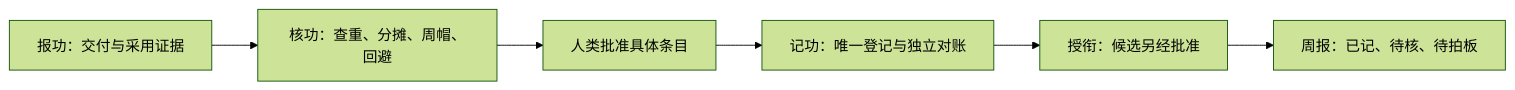
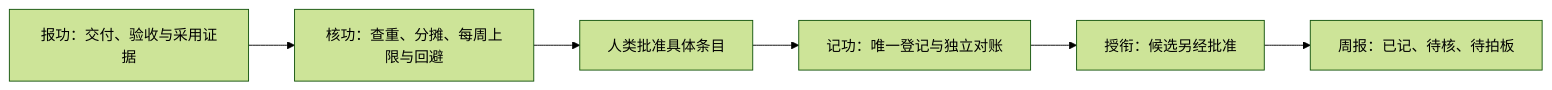
Before and after one commit to situker/situk-mars: the diagram in skills/zh-CN/situk-mars/README.md, drawn with Mermaid (forest theme). The commit also changed other lines of this file and 43 other files, not shown here.

````diff
--- a/skills/zh-CN/situk-mars/README.md
+++ b/skills/zh-CN/situk-mars/README.md
@@ -7,8 +13,8 @@
 ```mermaid
 flowchart LR
-  A[报功：交付与采用证据] --> B[核功：查重、分摊、周帽、回避]
+  A[报功：交付、验收与采用证据] --> B[核功：查重、分摊、每周上限与回避]
   B --> C[人类批准具体条目]
   C --> D[记功：唯一登记与独立对账]
   D --> E[授衔：候选另经批准]
   E --> F[周报：已记、待核、待拍板]
 ```
````
